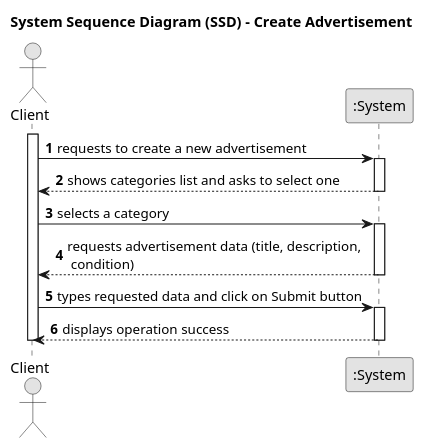
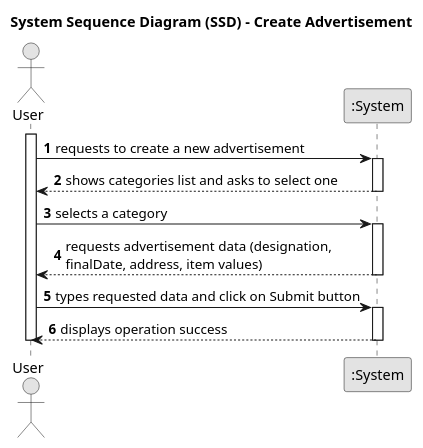
The diagram in Docs/US07/01-requirements-engineering/US07-SSD.puml (vivianeaalmeida/ComeAndGet), drawn with PlantUML before and after one commit. The commit also changed 7 other files, not shown here.

```diff
--- a/Docs/US07/01-requirements-engineering/US07-SSD.puml
+++ b/Docs/US07/01-requirements-engineering/US07-SSD.puml
@@ -1,34 +1,34 @@
 @startuml
 skinparam monochrome true
 skinparam packageStyle rectangle
 skinparam shadowing false
 
 title System Sequence Diagram (SSD) - Create Advertisement
 
 autonumber
 
-actor "Client" as Client
+actor "User" as User
 participant ":System" as System
 
-activate Client
+activate User
 
-    Client -> System : requests to create a new advertisement
+    User -> System : requests to create a new advertisement
         activate System
 
-            System --> Client : shows categories list and asks to select one
+            System --> User : shows categories list and asks to select one
         deactivate System
 
-        Client -> System : selects a category
+        User -> System : selects a category
         activate System
 
-            System --> Client : requests advertisement data (title, description,\n condition)
+            System --> User : requests advertisement data (designation, \nfinalDate, address, item values)
         deactivate System
 
-        Client -> System : types requested data and click on Submit button
+        User -> System : types requested data and click on Submit button
         activate System
 
-            System --> Client : displays operation success
+            System --> User : displays operation success
         deactivate System
 
-deactivate Client
+deactivate User
 @enduml
```
